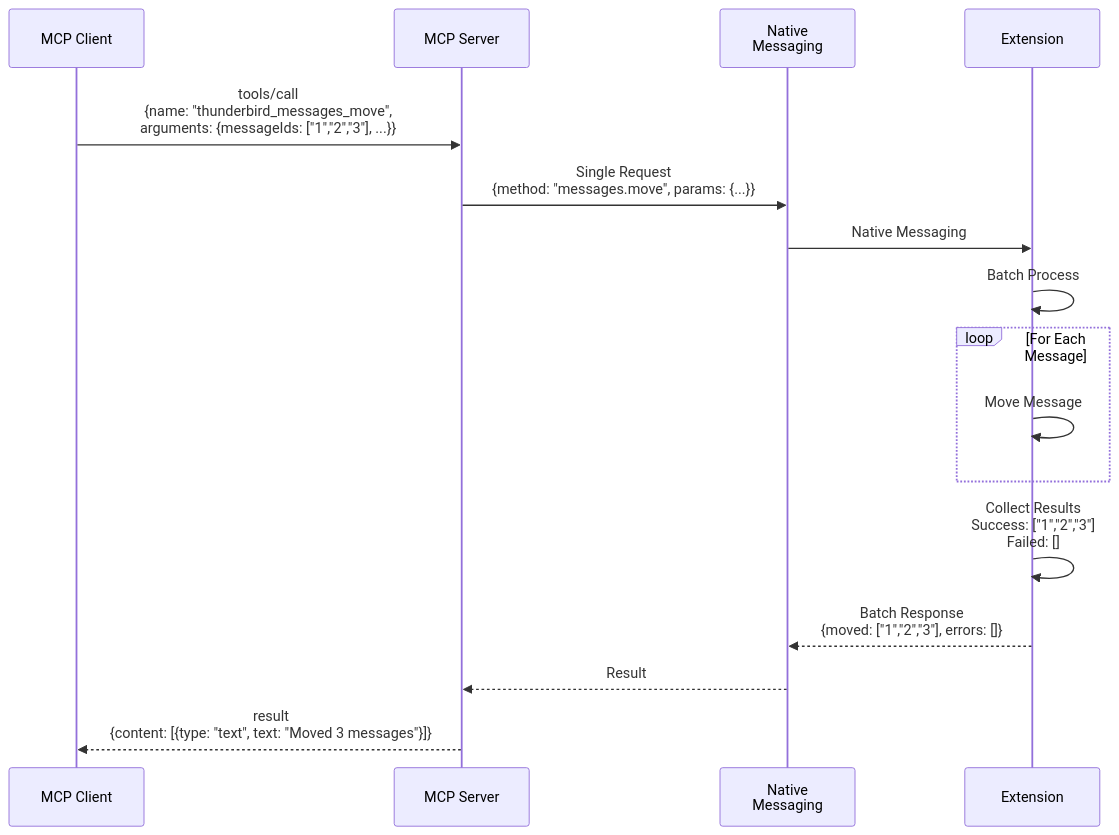
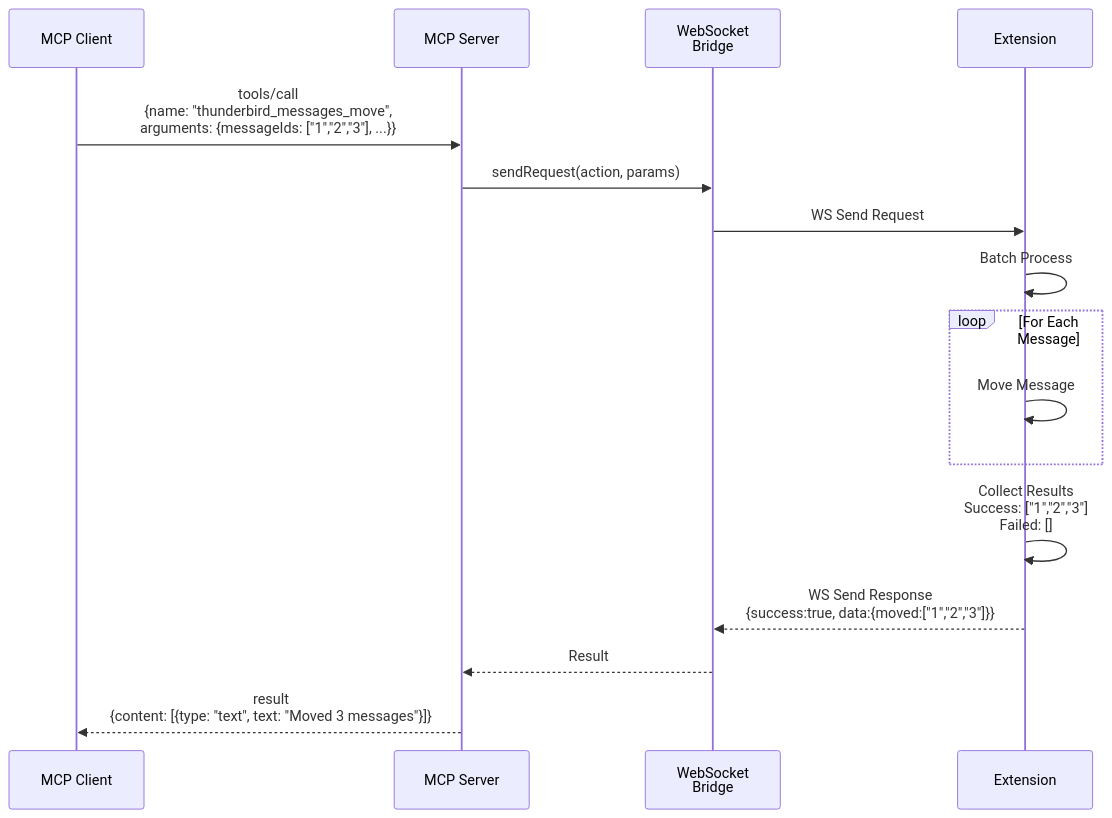
Before and after one commit to assistance-micro-design/zileo-mcp-thunderbird: the ninth of 10 diagrams in docs/architecture/data-flow.md, drawn with Mermaid. The commit also changed other lines of this file and 7 other files, not shown here.

````diff
--- a/docs/architecture/data-flow.md
+++ b/docs/architecture/data-flow.md
@@ -439,24 +451,24 @@
 ```mermaid
 sequenceDiagram
     participant Client as MCP Client
     participant Server as MCP Server
-    participant NMClient as Native<br/>Messaging
+    participant Bridge as WebSocket<br/>Bridge
     participant Extension as Extension
 
     Client->>Server: tools/call<br/>{name: "thunderbird_messages_move",<br/>arguments: {messageIds: ["1","2","3"], ...}}
 
-    Server->>NMClient: Single Request<br/>{method: "messages.move", params: {...}}
-    NMClient->>Extension: Native Messaging
+    Server->>Bridge: sendRequest(action, params)
+    Bridge->>Extension: WS Send Request
 
     Extension->>Extension: Batch Process
 
     loop For Each Message
         Extension->>Extension: Move Message
     end
 
     Extension->>Extension: Collect Results<br/>Success: ["1","2","3"]<br/>Failed: []
 
-    Extension-->>NMClient: Batch Response<br/>{moved: ["1","2","3"], errors: []}
-    NMClient-->>Server: Result
+    Extension-->>Bridge: WS Send Response<br/>{success:true, data:{moved:["1","2","3"]}}
+    Bridge-->>Server: Result
     Server-->>Client: result<br/>{content: [{type: "text", text: "Moved 3 messages"}]}
 ```
````
